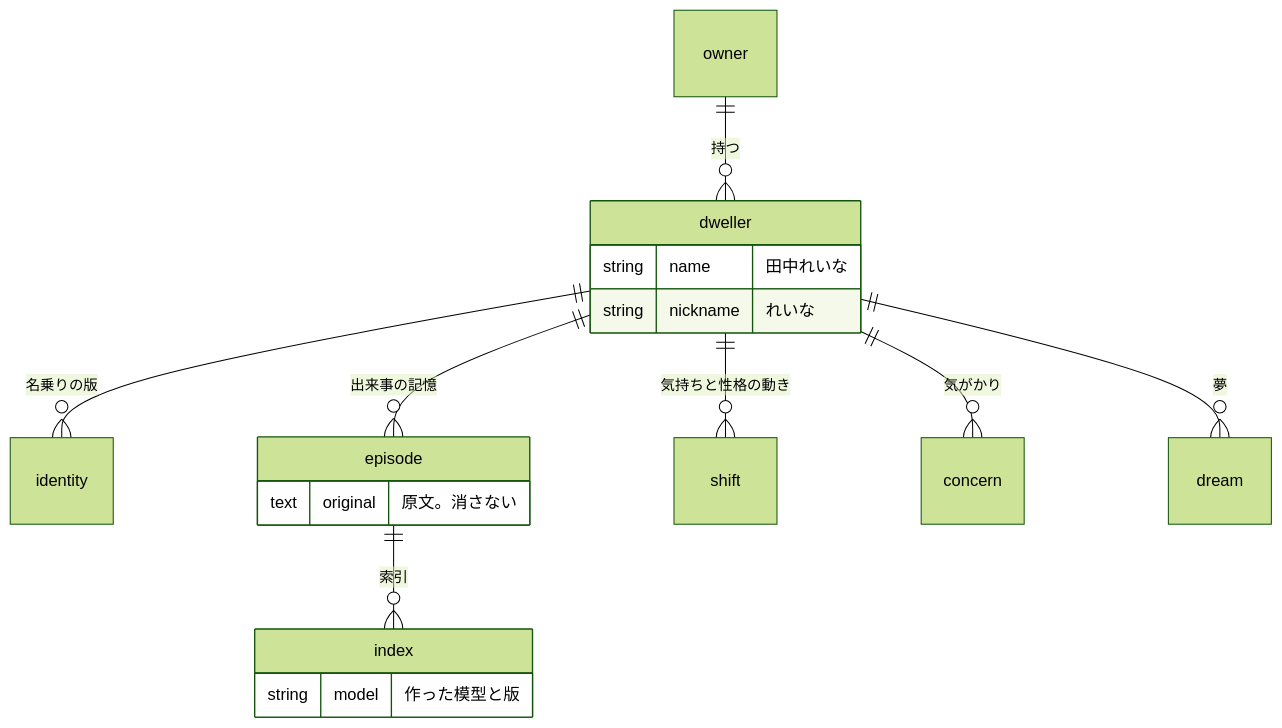
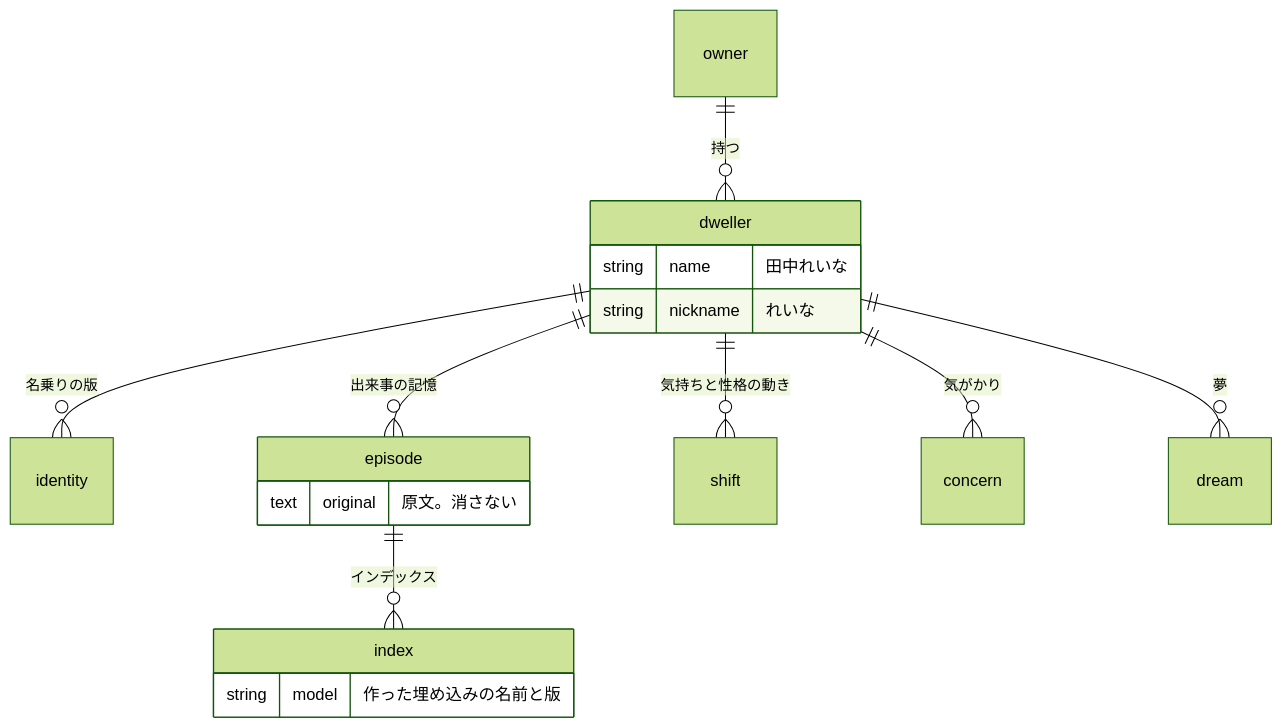
One commit to yadori-dev/yadori changed the second of 2 diagrams in docs/150_system/全体構造.md. Above: the diagram before and after it, drawn with Mermaid (forest theme). The commit also changed other lines of this file and 54 other files, not shown here.

````diff
--- a/docs/150_system/全体構造.md
+++ b/docs/150_system/全体構造.md
@@ -40,21 +40,21 @@
 ```mermaid
 erDiagram
     owner ||--o{ dweller : "持つ"
     dweller ||--o{ identity : "名乗りの版"
     dweller ||--o{ episode : "出来事の記憶"
     dweller ||--o{ shift : "気持ちと性格の動き"
     dweller ||--o{ concern : "気がかり"
     dweller ||--o{ dream : "夢"
-    episode ||--o{ index : "索引"
+    episode ||--o{ index : "インデックス"
 
     dweller {
         string name "田中れいな"
         string nickname "れいな"
     }
     episode {
         text original "原文。消さない"
     }
     index {
-        string model "作った模型と版"
+        string model "作った埋め込みの名前と版"
     }
 ```
````
